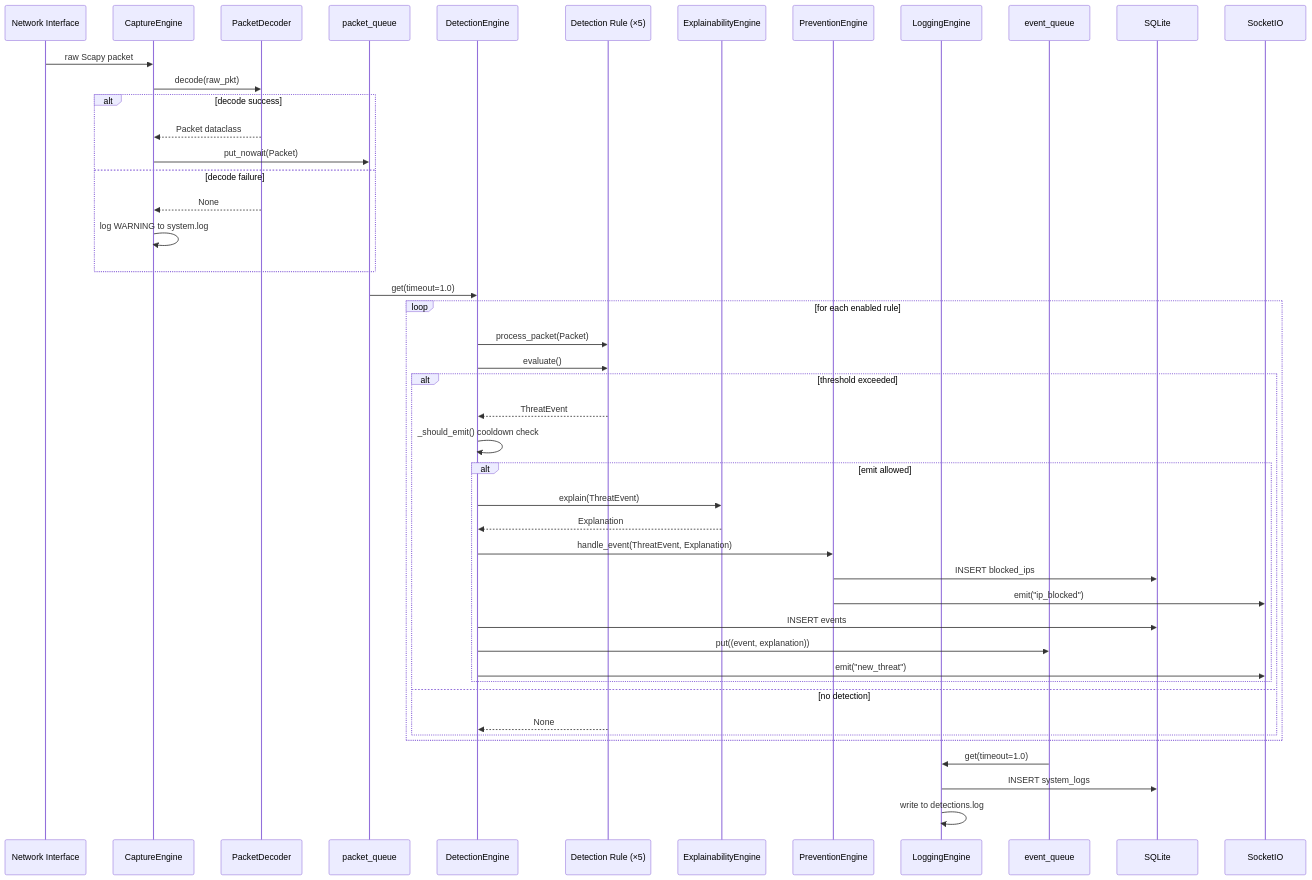
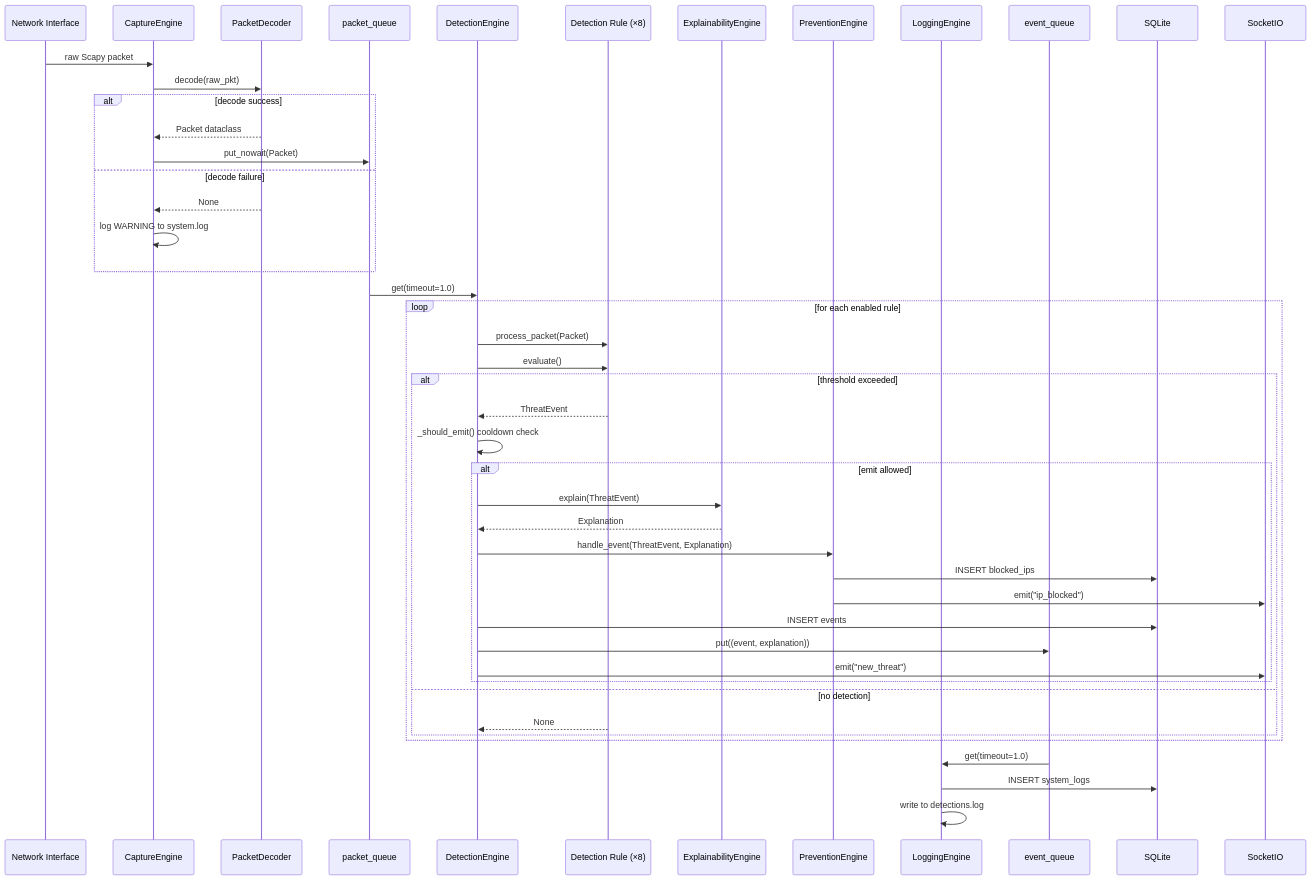
Before and after one commit to The-Bugger/Net-Guard: the third of 7 diagrams in docs/ARCHITECTURE.md, drawn with Mermaid. The commit also changed other lines of this file and 77 other files, not shown here.

````diff
--- a/docs/ARCHITECTURE.md
+++ b/docs/ARCHITECTURE.md
@@ -137,51 +140,51 @@
 ```mermaid
 sequenceDiagram
     participant NIC as Network Interface
     participant CE as CaptureEngine
     participant PD as PacketDecoder
     participant PQ as packet_queue
     participant DE as DetectionEngine
-    participant Rule as Detection Rule (×5)
+    participant Rule as Detection Rule (×8)
     participant EE as ExplainabilityEngine
     participant PE as PreventionEngine
     participant LE as LoggingEngine
     participant EQ as event_queue
     participant DB as SQLite
     participant SIO as SocketIO
 
     NIC->>CE: raw Scapy packet
     CE->>PD: decode(raw_pkt)
     alt decode success
         PD-->>CE: Packet dataclass
         CE->>PQ: put_nowait(Packet)
     else decode failure
         PD-->>CE: None
         CE->>CE: log WARNING to system.log
     end
 
     PQ->>DE: get(timeout=1.0)
     loop for each enabled rule
         DE->>Rule: process_packet(Packet)
         DE->>Rule: evaluate()
         alt threshold exceeded
             Rule-->>DE: ThreatEvent
             DE->>DE: _should_emit() cooldown check
             alt emit allowed
                 DE->>EE: explain(ThreatEvent)
                 EE-->>DE: Explanation
                 DE->>PE: handle_event(ThreatEvent, Explanation)
                 PE->>DB: INSERT blocked_ips
                 PE->>SIO: emit("ip_blocked")
                 DE->>DB: INSERT events
                 DE->>EQ: put((event, explanation))
                 DE->>SIO: emit("new_threat")
             end
         else no detection
             Rule-->>DE: None
         end
     end
 
     EQ->>LE: get(timeout=1.0)
     LE->>DB: INSERT system_logs
     LE->>LE: write to detections.log
 ```
````
